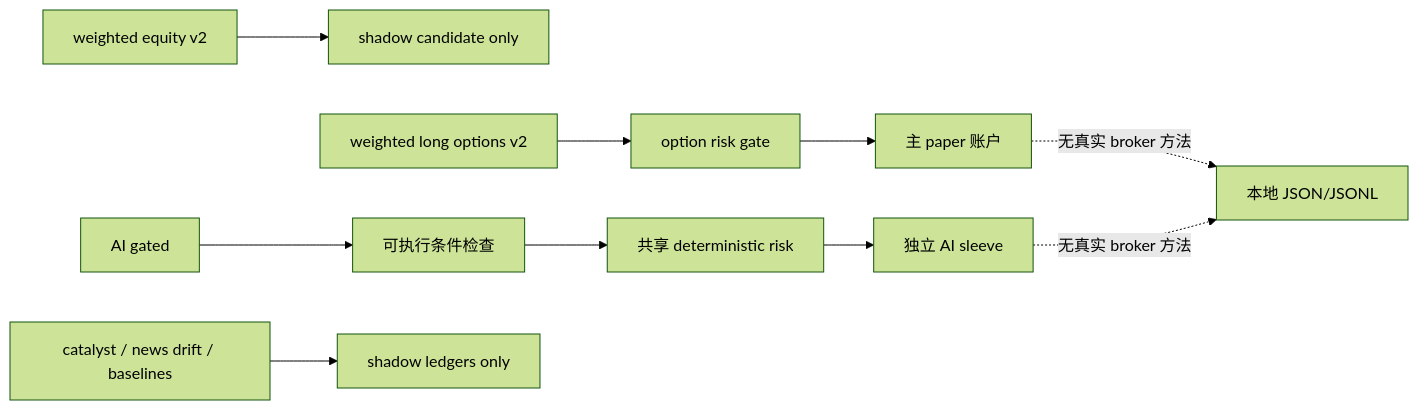
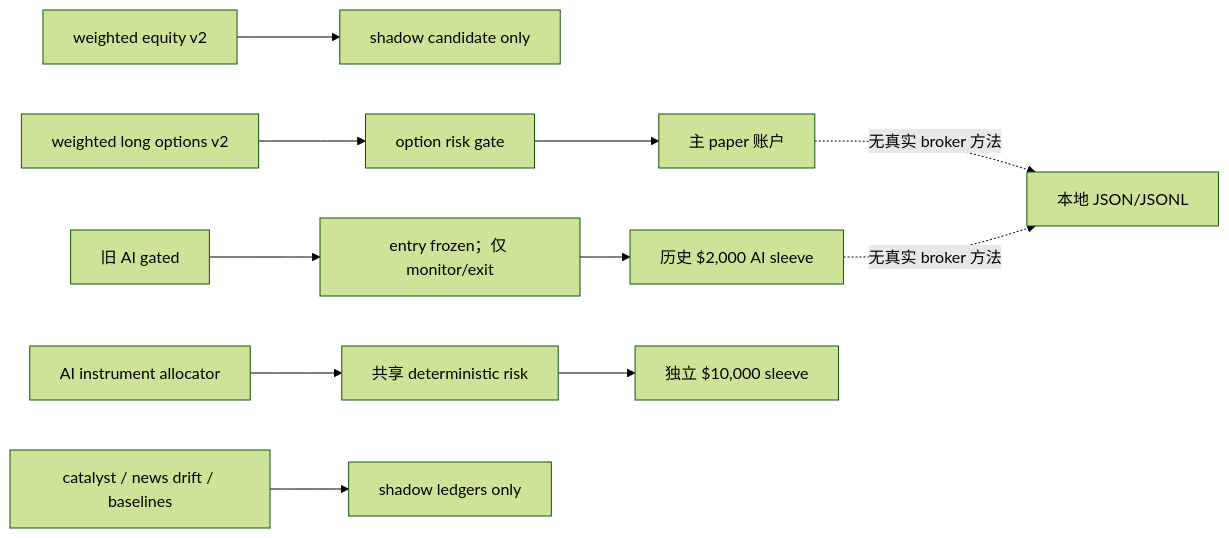
One commit to CNDaniel02/vibe_trading changed the second of 9 diagrams in PROJECT_ARCHITECTURE.md. Above: the diagram before and after it, drawn with Mermaid (forest theme). The commit also changed other lines of this file and 11 other files, not shown here.

````diff
--- a/PROJECT_ARCHITECTURE.md
+++ b/PROJECT_ARCHITECTURE.md
@@ -83,9 +88,10 @@
 ```mermaid
 flowchart LR
     W["weighted equity v2"] --> WS["shadow candidate only"]
     O["weighted long options v2"] --> OR["option risk gate"] --> M["主 paper 账户"]
-    A["AI gated"] --> AC["可执行条件检查"] --> AR["共享 deterministic risk"] --> S["独立 AI sleeve"]
+    A["旧 AI gated"] --> AC["entry frozen；仅 monitor/exit"] --> S["历史 $2,000 AI sleeve"]
+    IA["AI instrument allocator"] --> AR["共享 deterministic risk"] --> NS["独立 $10,000 sleeve"]
     C["catalyst / news drift / baselines"] --> CS["shadow ledgers only"]
     M -. "无真实 broker 方法" .-> L["本地 JSON/JSONL"]
     S -. "无真实 broker 方法" .-> L
 ```
````
